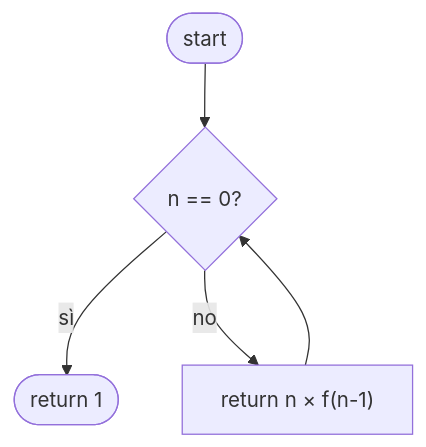
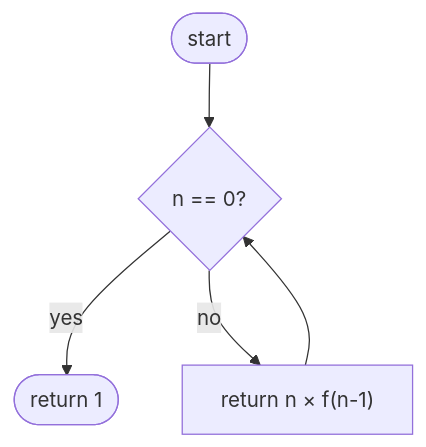
The third of 3 diagrams in example.md (marcofarina/slidev-theme-cyberpunk-ide), drawn with Mermaid before and after one commit. The commit also changed other lines of this file and 3 other files, not shown here.

````diff
--- a/example.md
+++ b/example.md
@@ -503,7 +375,7 @@
 ```mermaid
 flowchart TD
     A([start]) --> B{n == 0?}
-    B -- sì --> C([return 1])
-    B -- no --> D["return n × f(n-1)"]
+    B -- yes --> C([return 1])
+    B -- no  --> D["return n × f(n-1)"]
     D --> B
 ```
````
